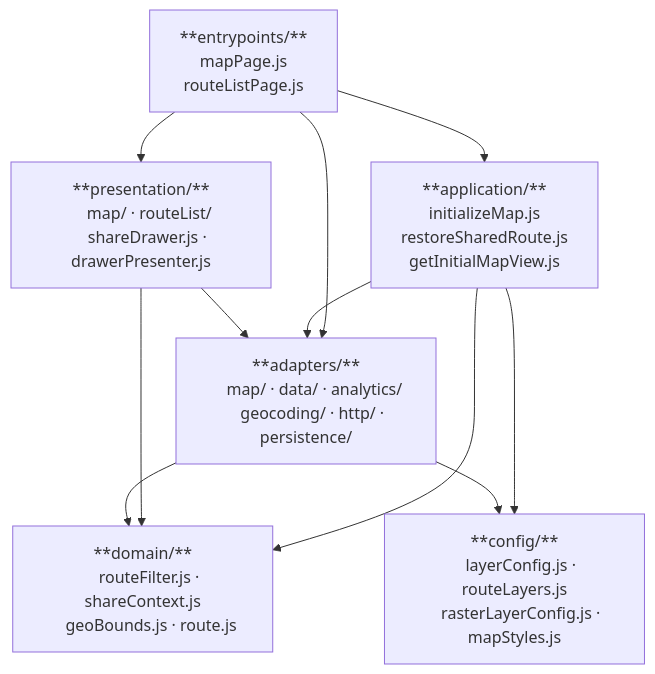
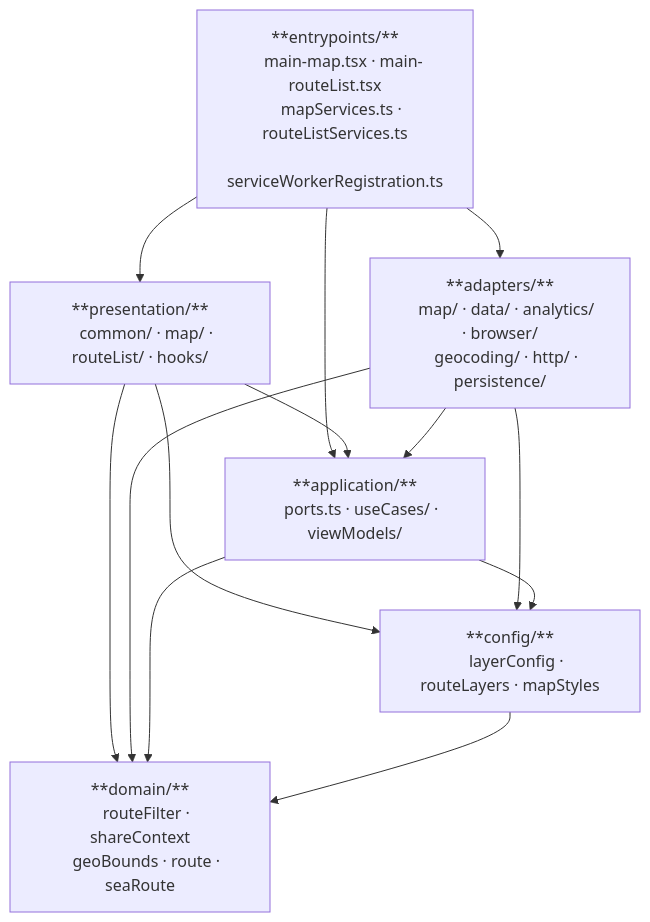
Before and after one commit to yykuso/searoute: the diagram in docs/searoute-spec.md, drawn with Mermaid. The commit also changed other lines of this file and 272 other files, not shown here.

````diff
--- a/docs/searoute-spec.md
+++ b/docs/searoute-spec.md
@@ -151,32 +149,30 @@
 ```mermaid
 flowchart TD
     E["**entrypoints/**
-    mapPage.js
-    routeListPage.js"]
+    main-map.tsx · main-routeList.tsx
+    mapServices.ts · routeListServices.ts
+    serviceWorkerRegistration.ts"]
+
+    P["**presentation/**
+    common/ · map/ · routeList/ · hooks/"]
+
+    AD["**adapters/**
+    map/ · data/ · analytics/ · browser/
+    geocoding/ · http/ · persistence/"]
 
     A["**application/**
-    initializeMap.js
-    restoreSharedRoute.js
-    getInitialMapView.js"]
-
-    AD["**adapters/**
-    map/ · data/ · analytics/
-    geocoding/ · http/ · persistence/"]
-
-    P["**presentation/**
-    map/ · routeList/
-    shareDrawer.js · drawerPresenter.js"]
+    ports.ts · useCases/ · viewModels/"]
 
     D["**domain/**
-    routeFilter.js · shareContext.js
-    geoBounds.js · route.js"]
+    routeFilter · shareContext
+    geoBounds · route · seaRoute"]
 
     C["**config/**
-    layerConfig.js · routeLayers.js
-    rasterLayerConfig.js · mapStyles.js"]
+    layerConfig · routeLayers · mapStyles"]
 
-    E --> A & AD & P
-    A --> AD & D & C
-    P --> AD & D
-    AD --> D & C
+    E --> P & AD & A
+    P --> A & D & C
+    AD --> A & D & C
+    A --> D & C
+    C --> D
 ```
````
